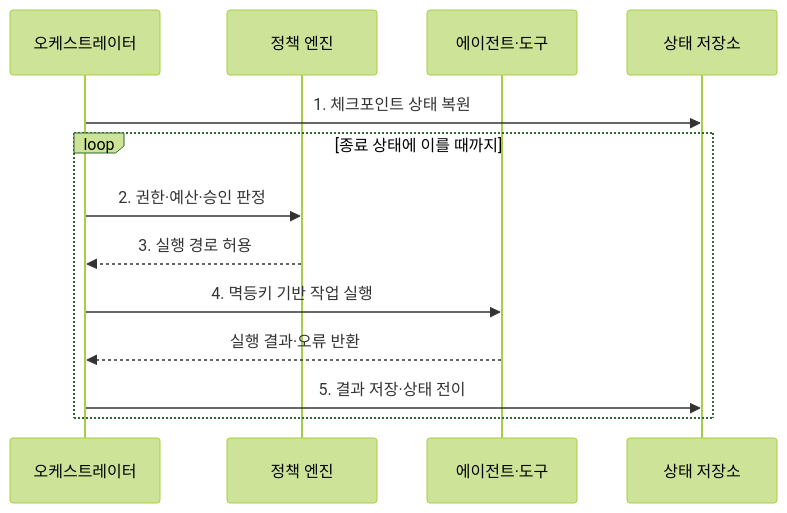
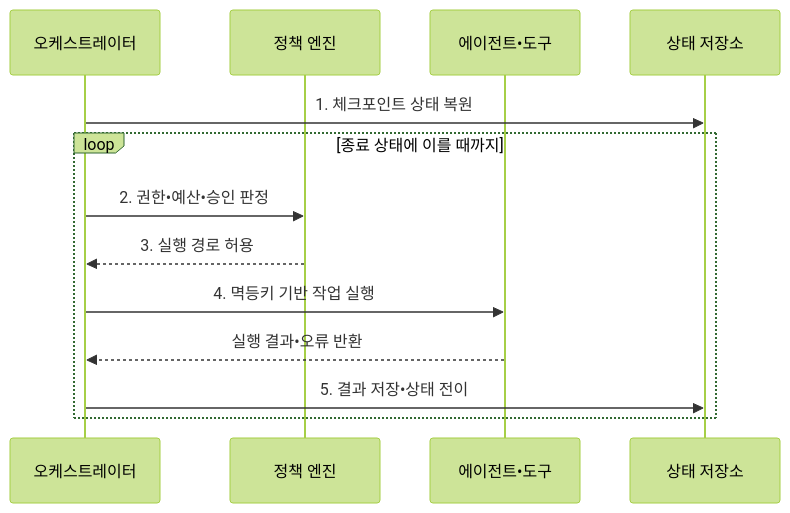
The second of 2 diagrams in src/content/docs/notes/08-latest-tech/014_agent_orchestration.md (agnusdei1207/knowledge-base), drawn with Mermaid (forest theme) before and after one commit. The commit also changed other lines of this file and 953 other files, not shown here.

````diff
--- a/src/content/docs/notes/08-latest-tech/014_agent_orchestration.md
+++ b/src/content/docs/notes/08-latest-tech/014_agent_orchestration.md
@@ -109,15 +109,15 @@
 ```mermaid
 sequenceDiagram
     participant O as 오케스트레이터
     participant P as 정책 엔진
-    participant X as 에이전트·도구
+    participant X as 에이전트•도구
     participant S as 상태 저장소
     O->>S: 1. 체크포인트 상태 복원
     loop 종료 상태에 이를 때까지
-        O->>P: 2. 권한·예산·승인 판정
+        O->>P: 2. 권한•예산•승인 판정
         P-->>O: 3. 실행 경로 허용
         O->>X: 4. 멱등키 기반 작업 실행
-        X-->>O: 실행 결과·오류 반환
-        O->>S: 5. 결과 저장·상태 전이
+        X-->>O: 실행 결과•오류 반환
+        O->>S: 5. 결과 저장•상태 전이
     end
 ```
````
